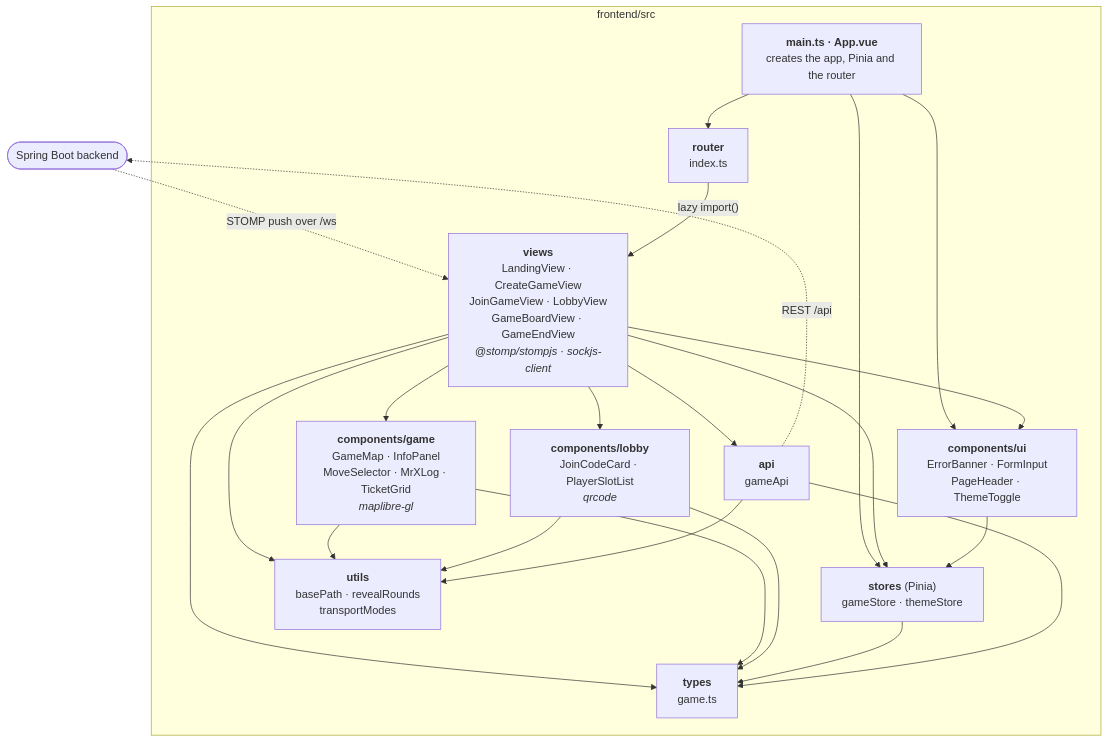
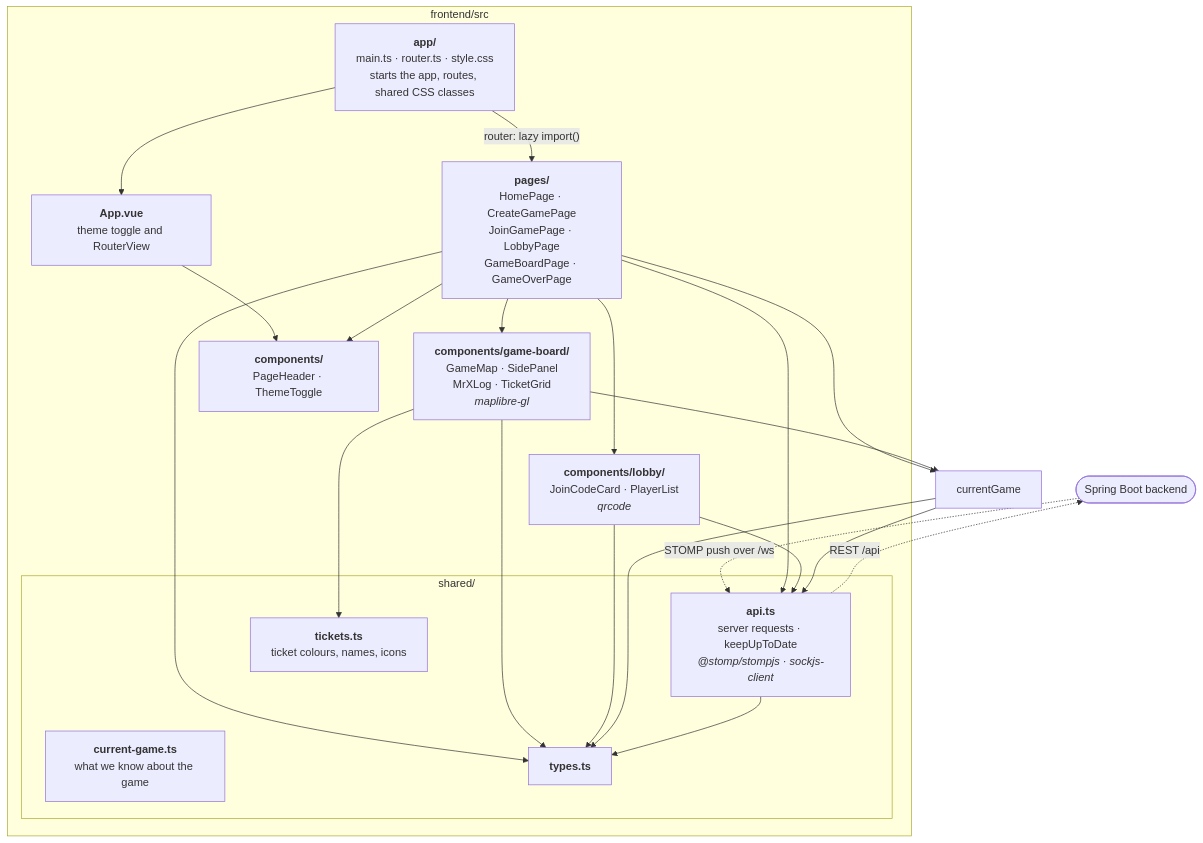
The first of 3 diagrams in documentation/plans/frontend-graph.md (Ming-Bao/HuntingMrX), drawn with Mermaid before and after one commit. The commit also changed other lines of this file and 58 other files, not shown here.

````diff
--- a/documentation/plans/frontend-graph.md
+++ b/documentation/plans/frontend-graph.md
@@ -9,39 +9,39 @@
 ```mermaid
 flowchart TB
     backend(["Spring Boot backend"])
 
     subgraph src["frontend/src"]
-        root["<b>main.ts · App.vue</b><br/>creates the app, Pinia and the router"]
-        router["<b>router</b><br/>index.ts"]
-        views["<b>views</b><br/>LandingView · CreateGameView<br/>JoinGameView · LobbyView<br/>GameBoardView · GameEndView<br/><i>@stomp/stompjs · sockjs-client</i>"]
-        cgame["<b>components/game</b><br/>GameMap · InfoPanel<br/>MoveSelector · MrXLog · TicketGrid<br/><i>maplibre-gl</i>"]
-        clobby["<b>components/lobby</b><br/>JoinCodeCard · PlayerSlotList<br/><i>qrcode</i>"]
-        cui["<b>components/ui</b><br/>ErrorBanner · FormInput<br/>PageHeader · ThemeToggle"]
-        stores["<b>stores</b> (Pinia)<br/>gameStore · themeStore"]
-        api["<b>api</b><br/>gameApi"]
-        types["<b>types</b><br/>game.ts"]
-        utils["<b>utils</b><br/>basePath · revealRounds<br/>transportModes"]
+        appvue["<b>App.vue</b><br/>theme toggle and RouterView"]
+        app["<b>app/</b><br/>main.ts · router.ts · style.css<br/>starts the app, routes, shared CSS classes"]
+        pages["<b>pages/</b><br/>HomePage · CreateGamePage<br/>JoinGamePage · LobbyPage<br/>GameBoardPage · GameOverPage"]
+        cgame["<b>components/game-board/</b><br/>GameMap · SidePanel<br/>MrXLog · TicketGrid<br/><i>maplibre-gl</i>"]
+        clobby["<b>components/lobby/</b><br/>JoinCodeCard · PlayerList<br/><i>qrcode</i>"]
+        cshared["<b>components/</b><br/>PageHeader · ThemeToggle"]
+        subgraph shared["shared/"]
+            currentgame["<b>current-game.ts</b><br/>what we know about the game"]
+            api["<b>api.ts</b><br/>server requests · keepUpToDate<br/><i>@stomp/stompjs · sockjs-client</i>"]
+            types["<b>types.ts</b>"]
+            tickets["<b>tickets.ts</b><br/>ticket colours, names, icons"]
+        end
     end
 
     api -. "REST /api" .-> backend
-    backend -. "STOMP push over /ws" .-> views
-    root --> router
-    root --> cui
-    root --> stores
-    router -- "lazy import()" --> views
-    views --> cgame
-    views --> clobby
-    views --> cui
-    views --> stores
-    views --> api
-    views --> types
-    views --> utils
+    backend -. "STOMP push over /ws" .-> api
+    app --> appvue
+    appvue --> cshared
+    app -- "router: lazy import()" --> pages
+    pages --> cgame
+    pages --> clobby
+    pages --> cshared
+    pages --> currentGame
+    pages --> api
+    pages --> types
+    cgame --> currentGame
+    cgame --> tickets
     cgame --> types
-    cgame --> utils
+    clobby --> api
     clobby --> types
-    clobby --> utils
-    cui --> stores
-    stores --> types
+    currentGame --> api
+    currentGame --> types
     api --> types
-    api --> utils
 ```
````
